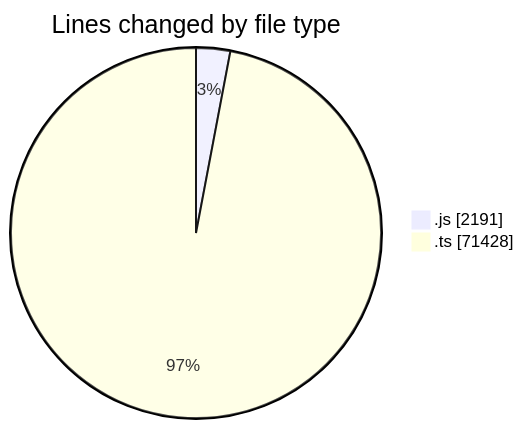
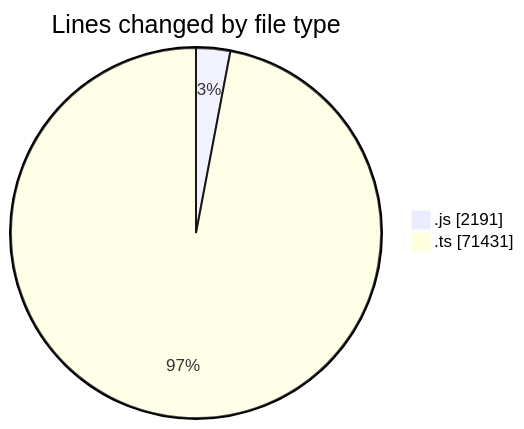
Before and after one commit to momahboobian/code-tracking: the first of 2 diagrams in 2025-06-19/cda/README.md, drawn with Mermaid. The commit also changed other lines of this file and 1 other file, not shown here.

````diff
--- a/2025-06-19/cda/README.md
+++ b/2025-06-19/cda/README.md
@@ -38,6 +38,6 @@
 ```mermaid
 pie showData
 title Lines changed by file type
 ".js" : 2191
-".ts" : 71428
+".ts" : 71431
 ```
````
